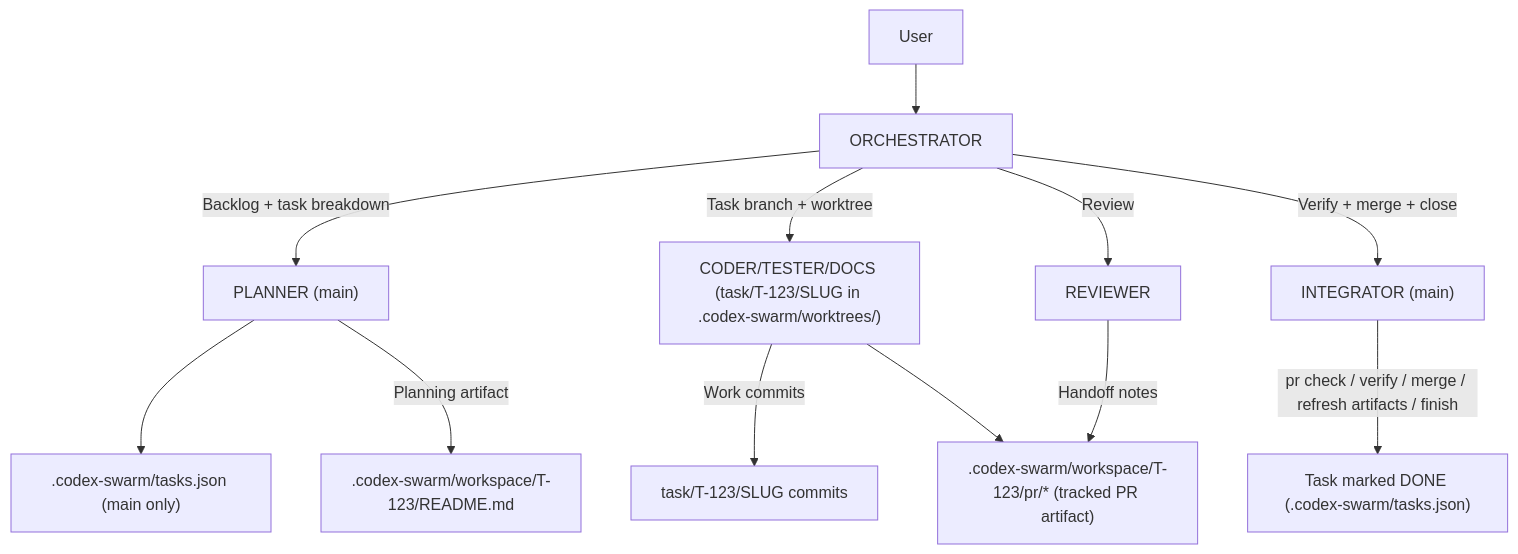
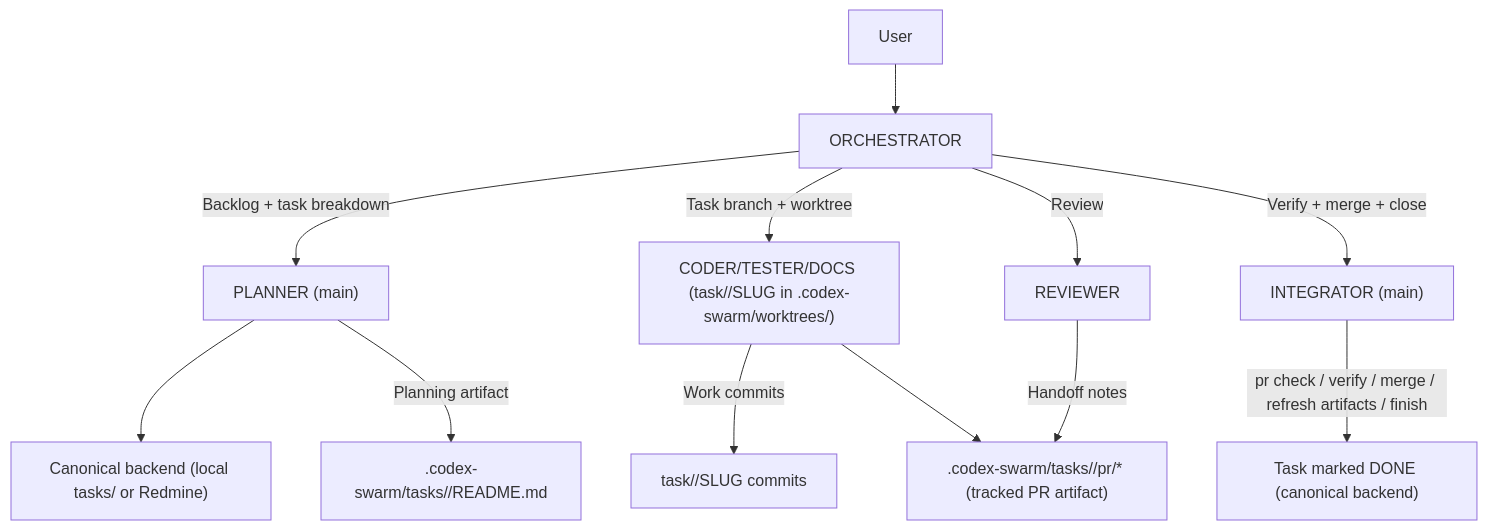
The first of 2 diagrams in README.md (basilisk-labs/codex-swarm), drawn with Mermaid before and after one commit. The commit also changed other lines of this file and 18 other files, not shown here.

````diff
--- a/README.md
+++ b/README.md
@@ -210,14 +211,14 @@
 ```mermaid
 flowchart TD
   U["User"] --> O["ORCHESTRATOR"]
   O -->|Backlog + task breakdown| P["PLANNER (main)"]
-  P --> TJ[".codex-swarm/tasks.json (main only)"]
-  P -->|Planning artifact| WF[".codex-swarm/workspace/T-123/README.md"]
-  O -->|Task branch + worktree| E["CODER/TESTER/DOCS (task/T-123/SLUG in .codex-swarm/worktrees/)"]
-  E -->|Work commits| B["task/T-123/SLUG commits"]
-  E --> PR[".codex-swarm/workspace/T-123/pr/* (tracked PR artifact)"]
+  P --> TB["Canonical backend (local tasks/ or Redmine)"]
+  P -->|Planning artifact| WF[".codex-swarm/tasks/<task-id>/README.md"]
+  O -->|Task branch + worktree| E["CODER/TESTER/DOCS (task/<task-id>/SLUG in .codex-swarm/worktrees/)"]
+  E -->|Work commits| B["task/<task-id>/SLUG commits"]
+  E --> PR[".codex-swarm/tasks/<task-id>/pr/* (tracked PR artifact)"]
   O -->|Review| R["REVIEWER"]
   R -->|Handoff notes| PR
   O -->|Verify + merge + close| I["INTEGRATOR (main)"]
-  I -->|pr check / verify / merge / refresh artifacts / finish| DONE["Task marked DONE (.codex-swarm/tasks.json)"]
+  I -->|pr check / verify / merge / refresh artifacts / finish| DONE["Task marked DONE (canonical backend)"]
 ```
````
